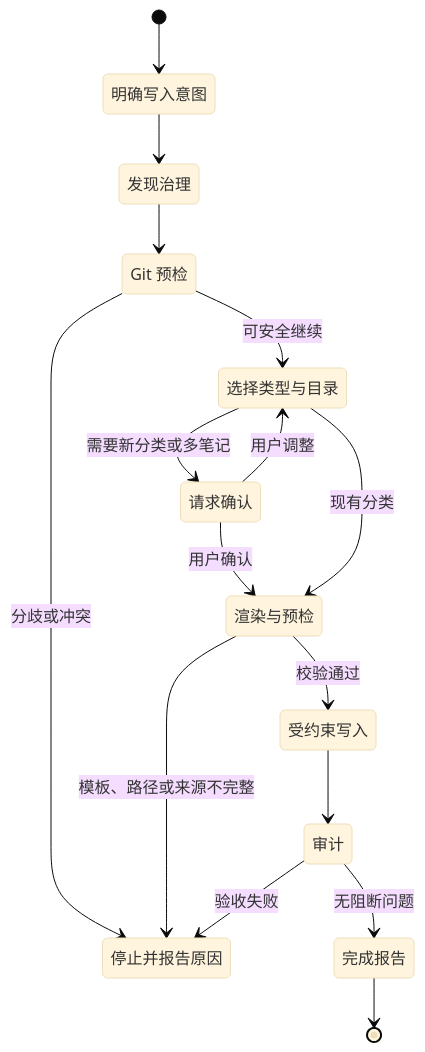
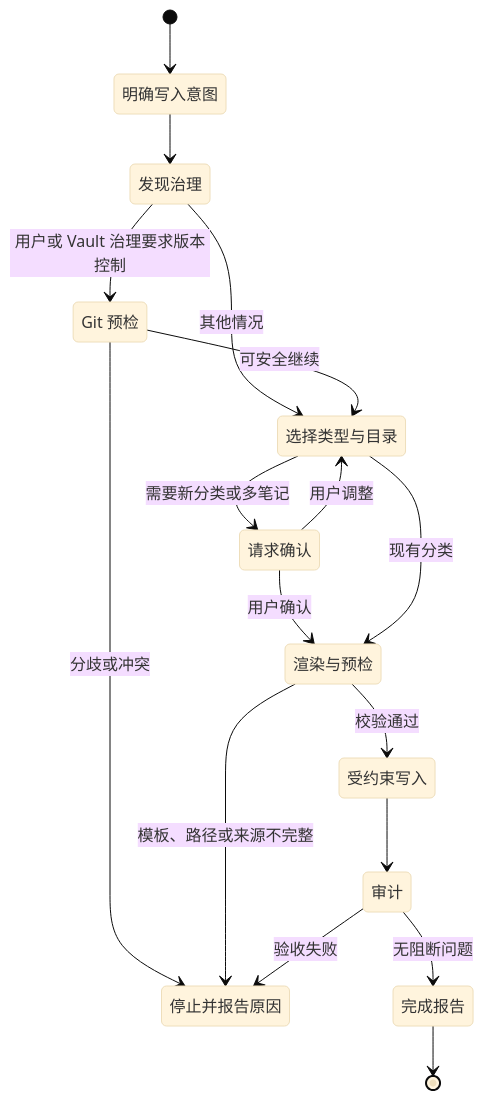
One commit to Spc-jgs/obsidian-kb-skill changed the diagram in docs/capture-and-governance.md. Above: the diagram before and after it, drawn with Mermaid (base theme). The commit also changed 12 other files, not shown here.

````diff
--- a/docs/capture-and-governance.md
+++ b/docs/capture-and-governance.md
@@ -7,29 +7,30 @@
 ```mermaid
 stateDiagram-v2
     state "明确写入意图" as Intent
     state "发现治理" as Discover
     state "Git 预检" as GitCheck
     state "选择类型与目录" as Route
     state "请求确认" as Confirm
     state "渲染与预检" as Preflight
     state "受约束写入" as Write
     state "审计" as Audit
     state "停止并报告原因" as Stop
     state "完成报告" as Complete
 
     [*] --> Intent
     Intent --> Discover
-    Discover --> GitCheck
+    Discover --> GitCheck: 用户或 Vault 治理要求版本控制
+    Discover --> Route: 其他情况
     GitCheck --> Stop: 分歧或冲突
     GitCheck --> Route: 可安全继续
     Route --> Confirm: 需要新分类或多笔记
     Confirm --> Route: 用户调整
     Confirm --> Preflight: 用户确认
     Route --> Preflight: 现有分类
     Preflight --> Stop: 模板、路径或来源不完整
     Preflight --> Write: 校验通过
     Write --> Audit
     Audit --> Complete: 无阻断问题
     Audit --> Stop: 验收失败
     Complete --> [*]
 ```
````
